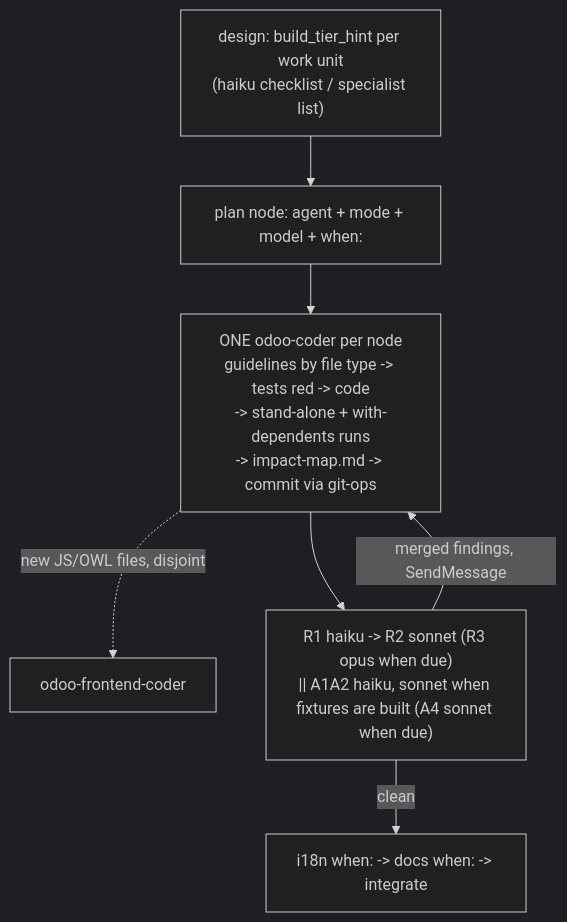
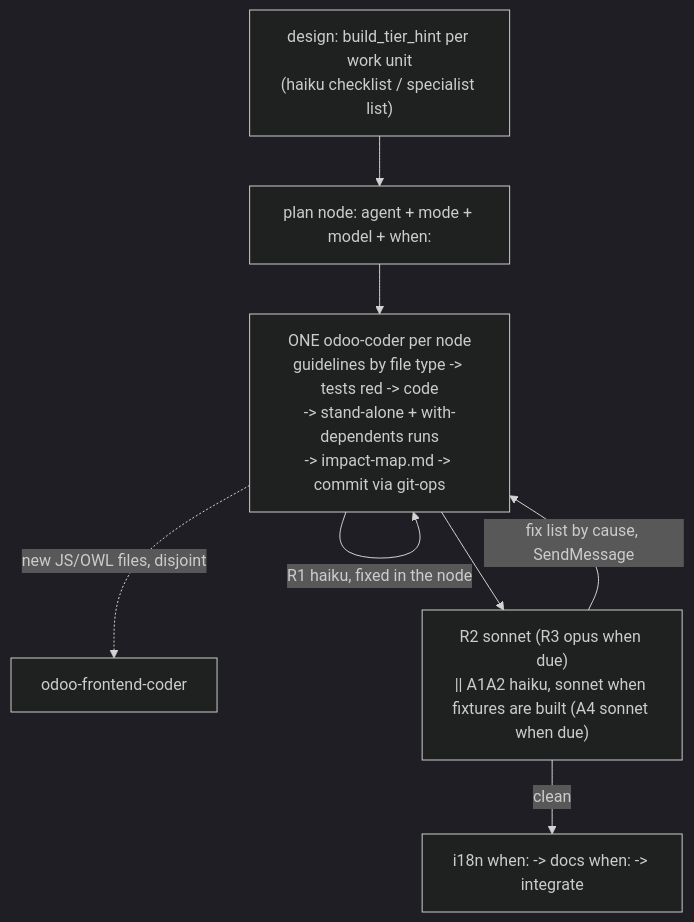
Before and after one commit to Viindoo/odoo-mcp-client: the second of 9 diagrams in plugins/odoo-ai-agents/README.md, drawn with Mermaid (dark theme). The commit also changed other lines of this file and 24 other files, not shown here.

````diff
--- a/plugins/odoo-ai-agents/README.md
+++ b/plugins/odoo-ai-agents/README.md
@@ -284,10 +285,11 @@
 ```mermaid
 flowchart TD
     DES["design: build_tier_hint per work unit<br/>(haiku checklist / specialist list)"]
     DES --> PLAN["plan node: agent + mode + model + when:"]
     PLAN --> NODE["ONE odoo-coder per node<br/>guidelines by file type -> tests red -> code<br/>-> stand-alone + with-dependents runs<br/>-> impact-map.md -> commit via git-ops"]
     NODE -.->|"new JS/OWL files, disjoint"| FE["odoo-frontend-coder"]
-    NODE --> REV["R1 haiku -> R2 sonnet (R3 opus when due)<br/>|| A1A2 haiku, sonnet when fixtures are built (A4 sonnet when due)"]
-    REV -->|"merged findings, SendMessage"| NODE
+    NODE -->|"R1 haiku, fixed in the node"| NODE
+    NODE --> REV["R2 sonnet (R3 opus when due)<br/>|| A1A2 haiku, sonnet when fixtures are built (A4 sonnet when due)"]
+    REV -->|"fix list by cause, SendMessage"| NODE
     REV -->|"clean"| TAIL["i18n when: -> docs when: -> integrate"]
 ```
````
